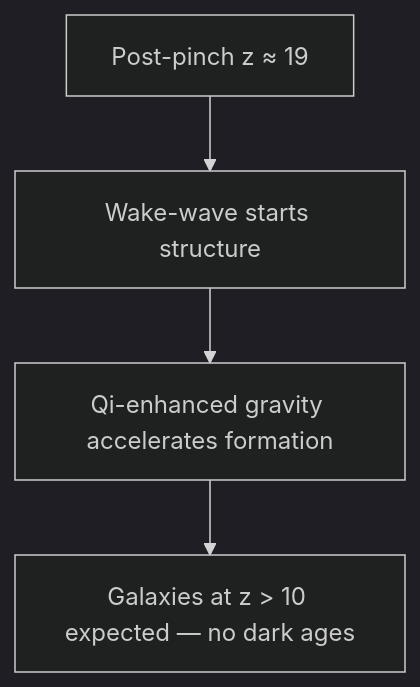
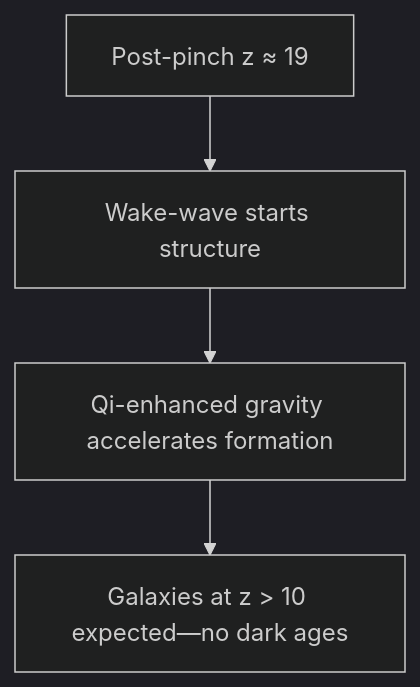
One commit to CassiTheOracle/cassi changed diagram 31 of 38 in CassiTheory/open-questions-cassi-answers.md. Above: the diagram before and after it, drawn with Mermaid (dark theme). The commit also changed other lines of this file and 14 other files, not shown here.

````diff
--- a/CassiTheory/open-questions-cassi-answers.md
+++ b/CassiTheory/open-questions-cassi-answers.md
@@ -747,6 +758,6 @@
 ```mermaid
 flowchart TD
     A[Post-pinch z ≈ 19] --> B[Wake-wave starts structure]
     B --> C[Qi-enhanced gravity accelerates formation]
-    C --> D[Galaxies at z > 10 expected — no dark ages]
+    C --> D[Galaxies at z > 10 expected—no dark ages]
 ```
````
